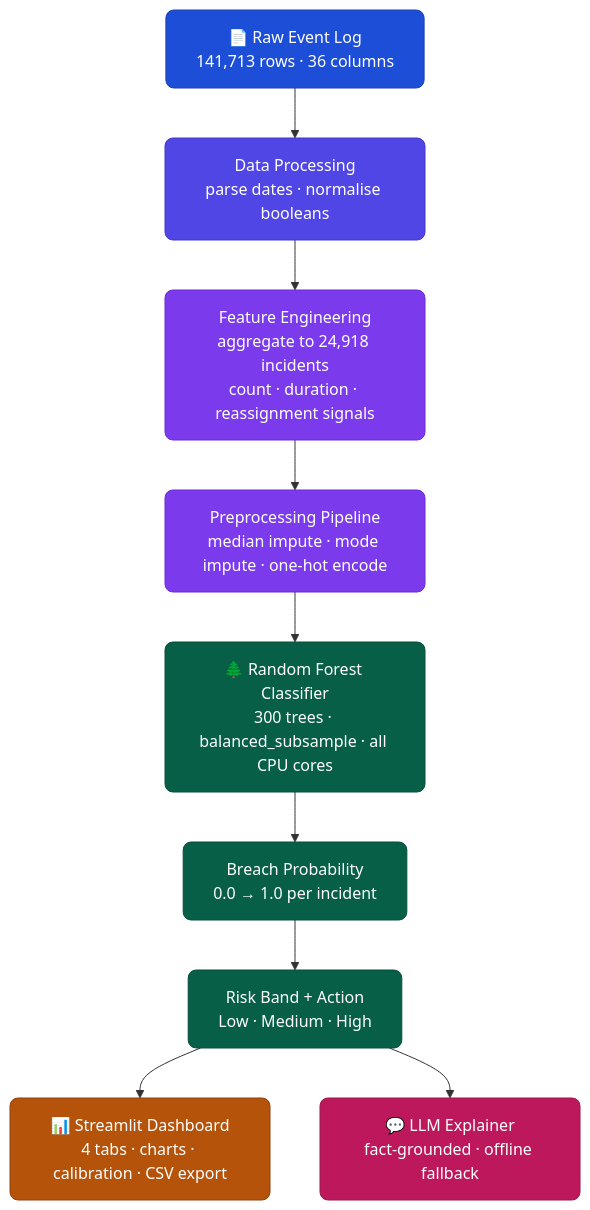
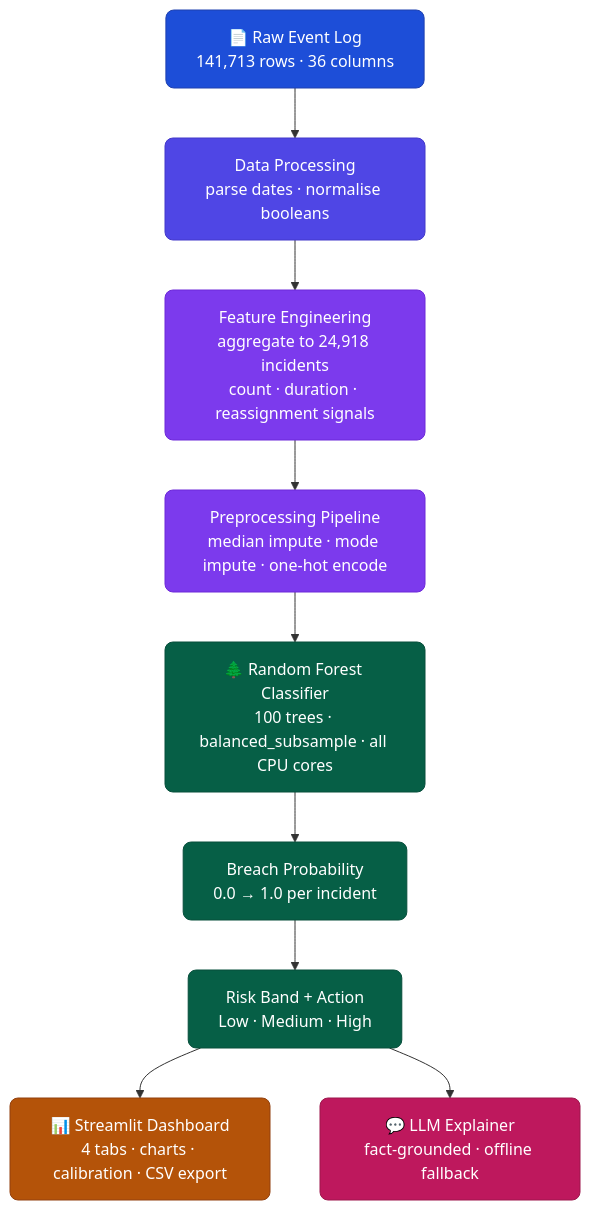
Before and after one commit to abinashprasana/riskradar-it-incident-sla-risk: the diagram in README.md, drawn with Mermaid. The commit also changed other lines of this file, not shown here.

Commit message:
Update README with live Streamlit app link and metrics for the 100-tree model

````diff
--- a/README.md
+++ b/README.md
@@ -68,23 +82,23 @@
 ```mermaid
 flowchart TD
     classDef io      fill:#1d4ed8,color:#fff,stroke:#1e40af,rx:8
     classDef proc    fill:#4f46e5,color:#fff,stroke:#4338ca,rx:8
     classDef feat    fill:#7c3aed,color:#fff,stroke:#6d28d9,rx:8
     classDef model   fill:#065f46,color:#fff,stroke:#064e3b,rx:8
     classDef ui      fill:#b45309,color:#fff,stroke:#92400e,rx:8
     classDef llm     fill:#be185d,color:#fff,stroke:#9d174d,rx:8
 
     A["📄 Raw Event Log\n141,713 rows · 36 columns"]:::io
     B["Data Processing\nparse dates · normalise booleans"]:::proc
     C["Feature Engineering\naggregate to 24,918 incidents\ncount · duration · reassignment signals"]:::feat
     D["Preprocessing Pipeline\nmedian impute · mode impute · one-hot encode"]:::feat
-    E["🌲 Random Forest Classifier\n300 trees · balanced_subsample · all CPU cores"]:::model
+    E["🌲 Random Forest Classifier\n100 trees · balanced_subsample · all CPU cores"]:::model
     F["Breach Probability\n0.0 → 1.0 per incident"]:::model
     G["Risk Band + Action\nLow · Medium · High"]:::model
     H["📊 Streamlit Dashboard\n4 tabs · charts · calibration · CSV export"]:::ui
     I["💬 LLM Explainer\nfact-grounded · offline fallback"]:::llm
 
     A --> B --> C --> D --> E --> F --> G
     G --> H
     G --> I
 ```
````
